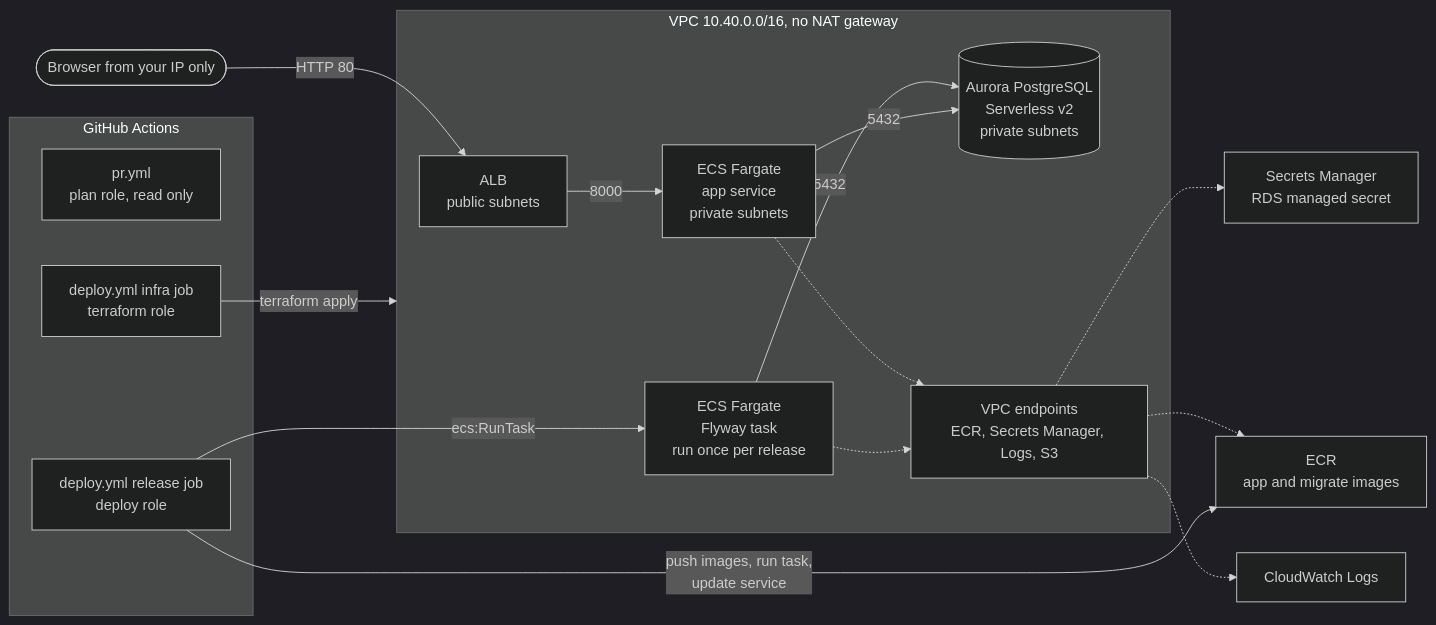
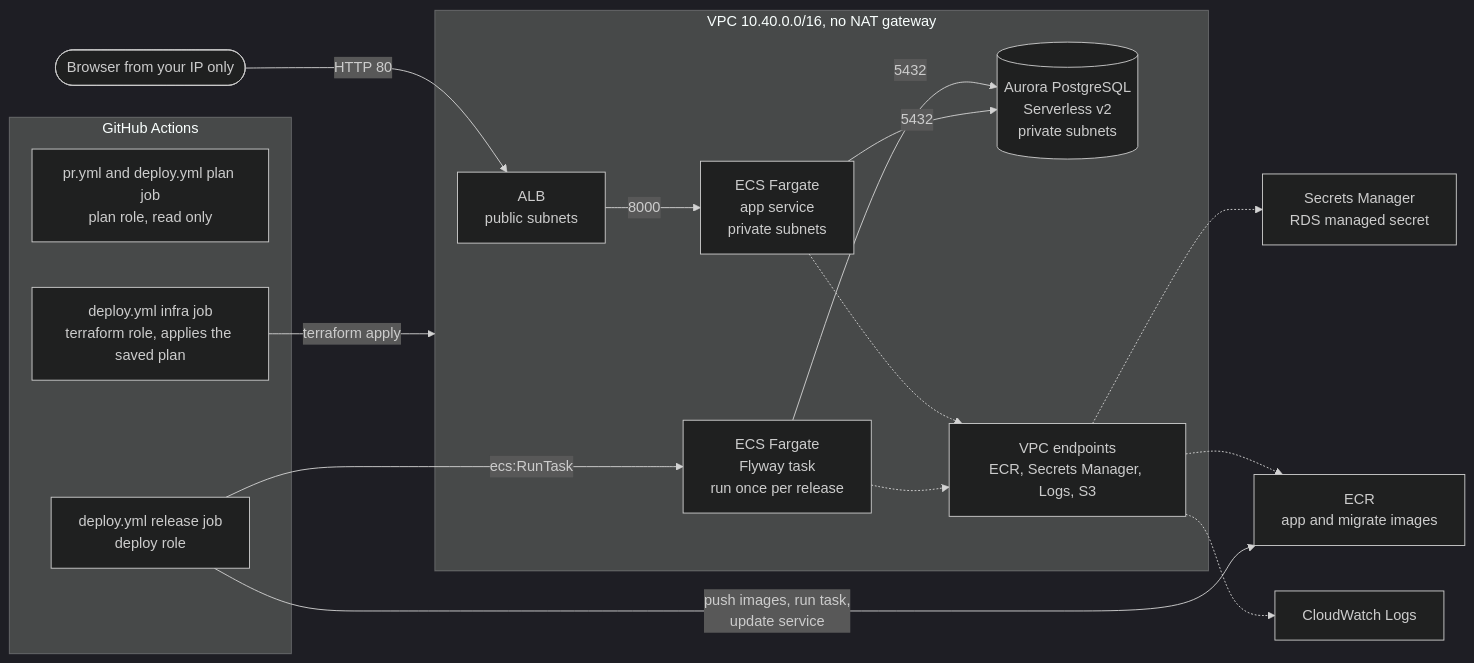
The diagram in README.md (Izzy1205/aurora-fargate-migration-demo), drawn with Mermaid (dark theme) before and after one commit. The commit also changed other lines of this file and 20 other files, not shown here.

````diff
--- a/README.md
+++ b/README.md
@@ -11,26 +11,26 @@
 ```mermaid
 flowchart LR
     user([Browser from your IP only]) -->|HTTP 80| alb[ALB<br/>public subnets]
 
     subgraph vpc[VPC 10.40.0.0/16, no NAT gateway]
         alb -->|8000| app[ECS Fargate<br/>app service<br/>private subnets]
         mig[ECS Fargate<br/>Flyway task<br/>run once per release] -->|5432| db[(Aurora PostgreSQL<br/>Serverless v2<br/>private subnets)]
         app -->|5432| db
         app -.-> vpce[VPC endpoints<br/>ECR, Secrets Manager, Logs, S3]
         mig -.-> vpce
     end
 
     vpce -.-> sm[Secrets Manager<br/>RDS managed secret]
     vpce -.-> ecr[ECR<br/>app and migrate images]
     vpce -.-> cw[CloudWatch Logs]
 
     subgraph gha[GitHub Actions]
-        pr[pr.yml<br/>plan role, read only]
-        infra[deploy.yml infra job<br/>terraform role]
+        pr[pr.yml and deploy.yml plan job<br/>plan role, read only]
+        infra[deploy.yml infra job<br/>terraform role, applies the saved plan]
         rel[deploy.yml release job<br/>deploy role]
     end
 
     infra -->|terraform apply| vpc
     rel -->|push images, run task,<br/>update service| ecr
     rel -->|ecs:RunTask| mig
 ```
````
